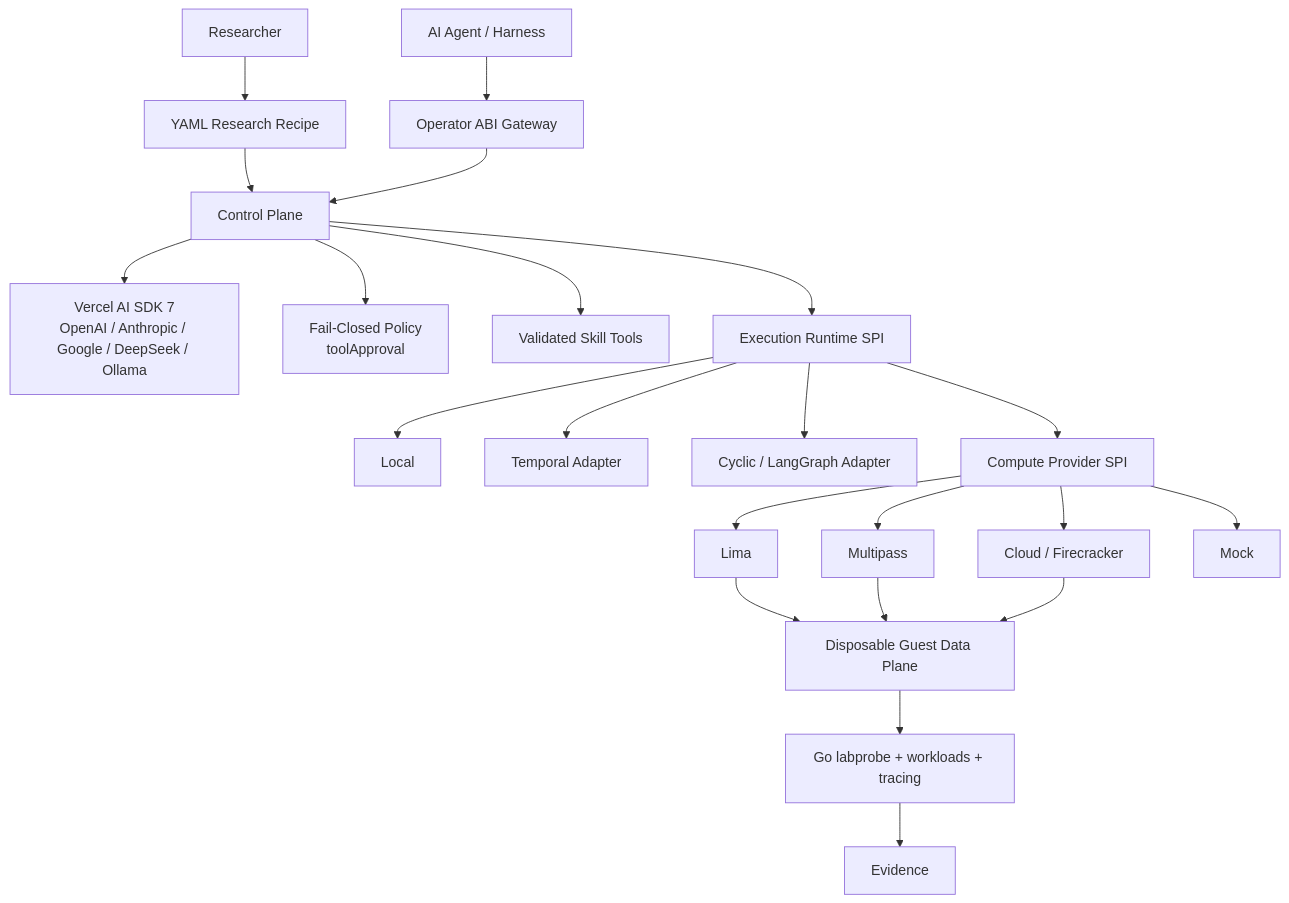
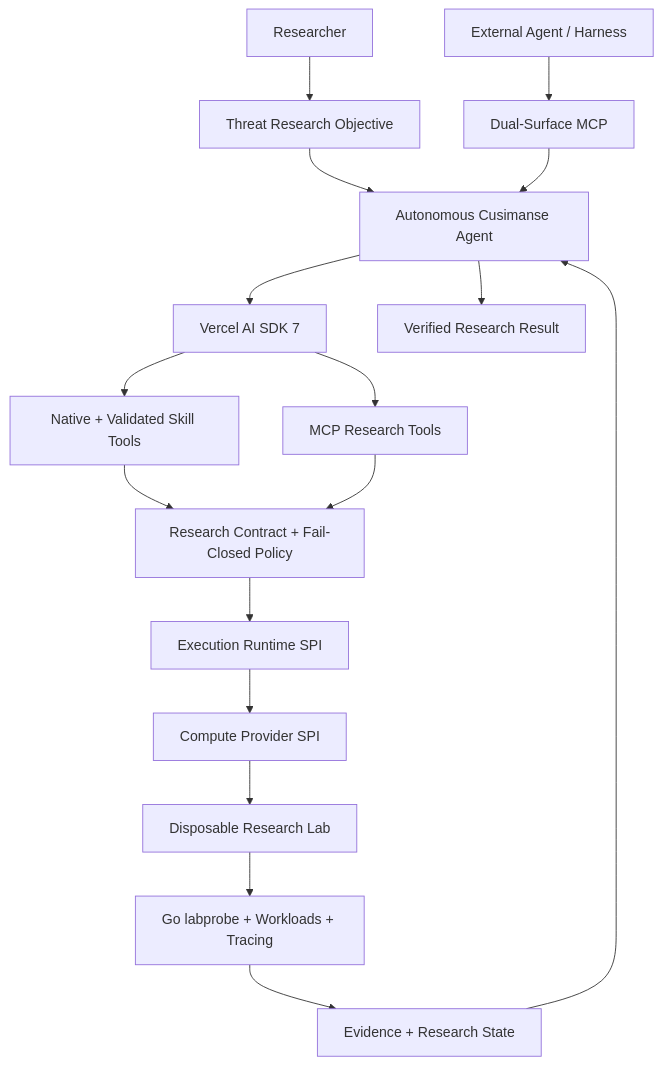
Before and after one commit to Opposum0112/Cusimanse: the diagram in README.md, drawn with Mermaid. The commit also changed other lines of this file, not shown here.

Commit message:
docs: position Cusimanse as autonomous threat research agent

````diff
--- a/README.md
+++ b/README.md
@@ -247,24 +300,19 @@
 ```mermaid
 flowchart TD
-  USER[Researcher] --> RECIPE[YAML Research Recipe]
-  AGENT[AI Agent / Harness] --> ABI[Operator ABI Gateway]
-  RECIPE --> CORE[Control Plane]
-  ABI --> CORE
-  CORE --> MODEL[Vercel AI SDK 7\nOpenAI / Anthropic / Google / DeepSeek / Ollama]
-  CORE --> POLICY[Fail-Closed Policy\ntoolApproval]
-  CORE --> SKILLS[Validated Skill Tools]
-  CORE --> RUNTIME[Execution Runtime SPI]
-  RUNTIME --> LOCAL[Local]
-  RUNTIME --> TEMP[Temporal Adapter]
-  RUNTIME --> GRAPH[Cyclic / LangGraph Adapter]
+  USER[Researcher] --> OBJECTIVE[Threat Research Objective]
+  OBJECTIVE --> AGENT[Autonomous Cusimanse Agent]
+  AGENT --> AI[Vercel AI SDK 7]
+  AI --> TOOLS[Native + Validated Skill Tools]
+  AI --> MCPIN[MCP Research Tools]
+  TOOLS --> POLICY[Research Contract + Fail-Closed Policy]
+  MCPIN --> POLICY
+  POLICY --> RUNTIME[Execution Runtime SPI]
   RUNTIME --> COMPUTE[Compute Provider SPI]
-  COMPUTE --> LIMA[Lima]
-  COMPUTE --> MP[Multipass]
-  COMPUTE --> FC[Cloud / Firecracker]
-  COMPUTE --> MOCK[Mock]
-  LIMA --> GUEST[Disposable Guest Data Plane]
-  MP --> GUEST
-  FC --> GUEST
-  GUEST --> PROBE[Go labprobe + workloads + tracing]
-  PROBE --> EVIDENCE[Evidence]
+  COMPUTE --> LAB[Disposable Research Lab]
+  LAB --> PROBE[Go labprobe + Workloads + Tracing]
+  PROBE --> EVIDENCE[Evidence + Research State]
+  EVIDENCE --> AGENT
+  AGENT --> REPORT[Verified Research Result]
+  EXT[External Agent / Harness] --> MCPOUT[Dual-Surface MCP]
+  MCPOUT --> AGENT
 ```
````
